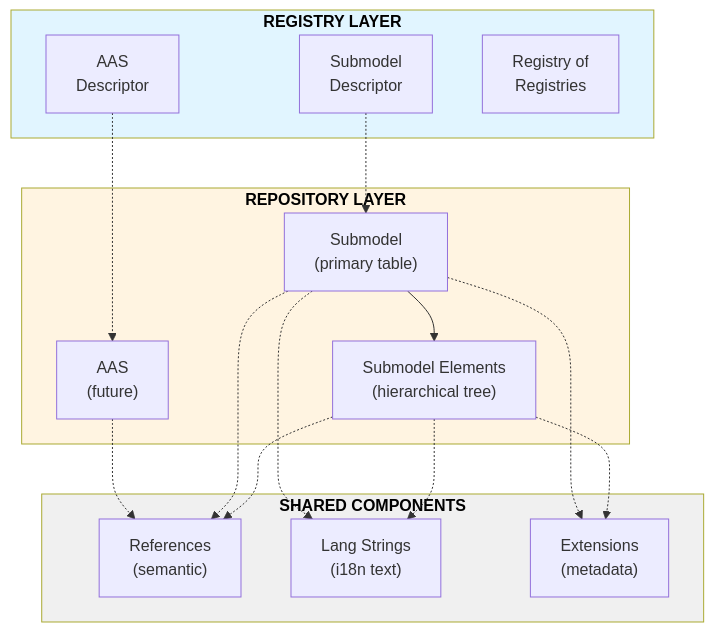
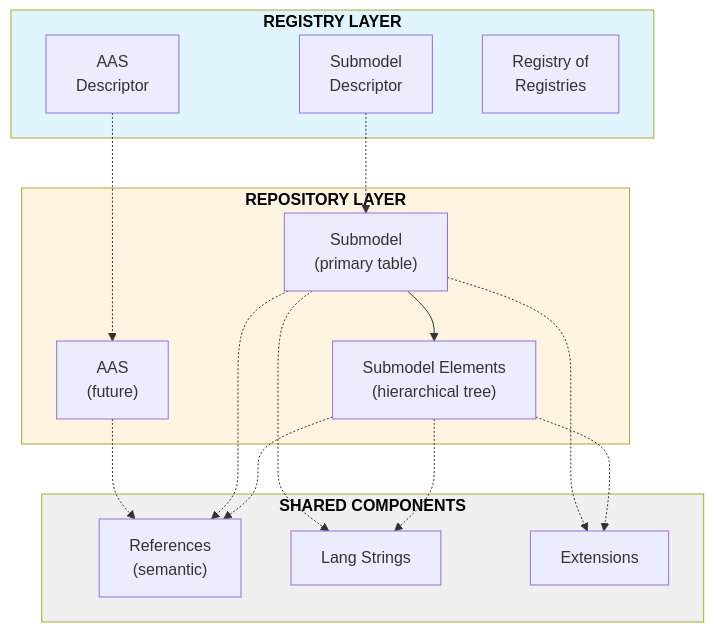
Before and after one commit to eclipse-basyx/basyx-go-components: the diagram in docu/basyx-database-wiki/README.md, drawn with Mermaid. The commit also changed other lines of this file, not shown here.

````diff
--- a/docu/basyx-database-wiki/README.md
+++ b/docu/basyx-database-wiki/README.md
@@ -27,38 +27,38 @@
 ```mermaid
 graph TB
     subgraph REGISTRY["<b style='color: black;'>REGISTRY LAYER</b>"]
         AASD["AAS<br/>Descriptor"]
         SMD["Submodel<br/>Descriptor"]
         ROR["Registry of<br/>Registries"]
     end
     
     subgraph REPOSITORY["<b style='color: black'>REPOSITORY LAYER</b>"]
         AAS["AAS<br/>(future)"]
         SM["Submodel<br/>(primary table)"]
         SME["Submodel Elements<br/>(hierarchical tree)"]
         SM --> SME
     end
     
     subgraph SHARED["<b style='color: black'>SHARED COMPONENTS</b>"]
         REF["References<br/>(semantic)"]
-        LANG["Lang Strings<br/>(i18n text)"]
-        EXT["Extensions<br/>(metadata)"]
+        LANG["Lang Strings<br/>"]
+        EXT["Extensions<br/>"]
     end
     
     AASD -.-> AAS
     SMD -.-> SM
     
     AAS -.-> REF
     SM -.-> REF
     SME -.-> REF
     
     SM -.-> LANG
     SME -.-> LANG
     
     SM -.-> EXT
     SME -.-> EXT
     
     style REGISTRY fill:#e1f5ff
     style REPOSITORY fill:#fff4e1
     style SHARED fill:#f0f0f0
 ```
````
